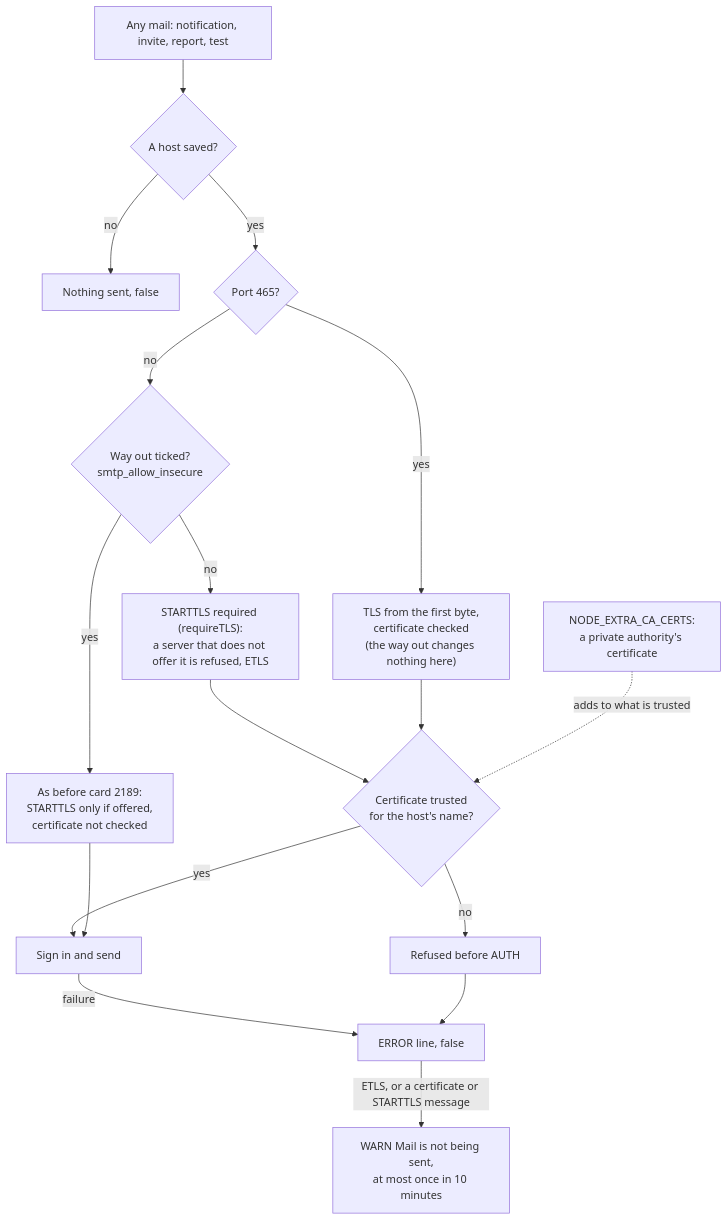
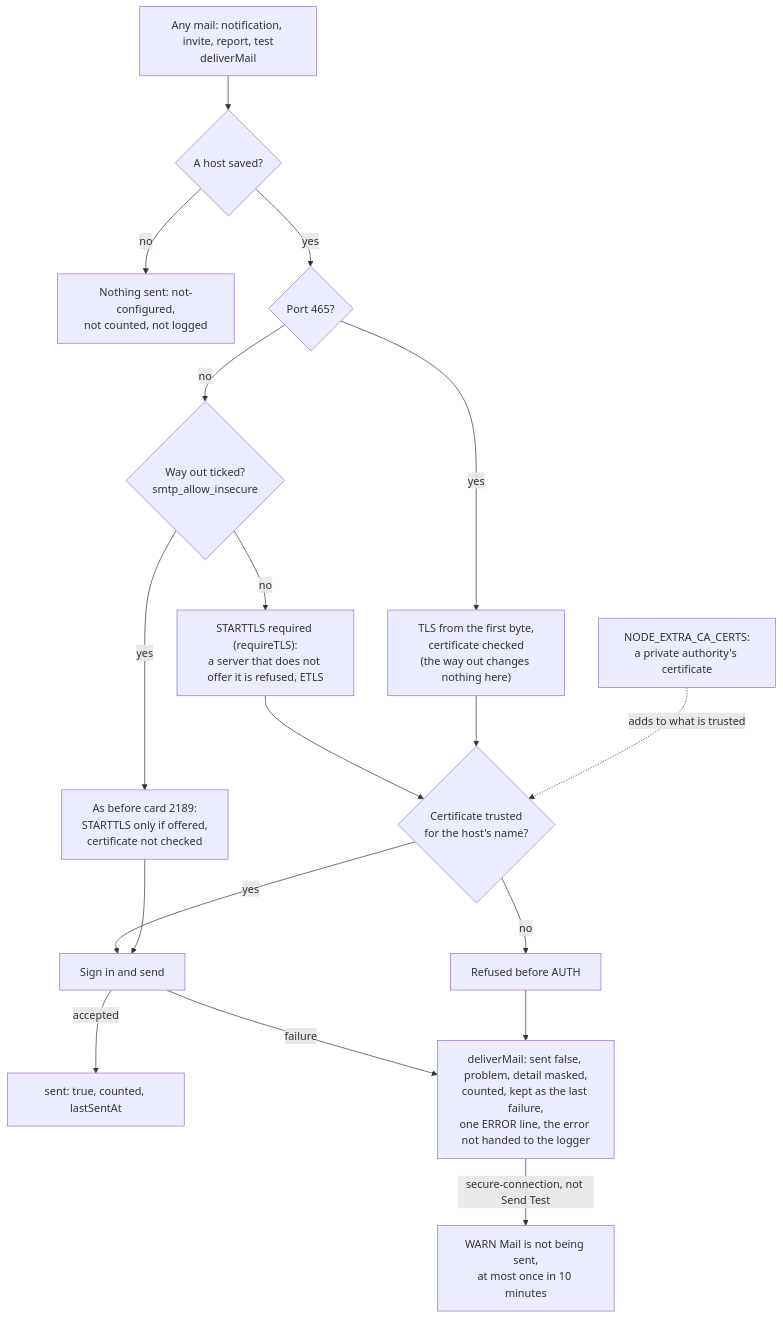
Before and after one commit to gitBoon/DumpFire: the third of 16 diagrams in docs/notifications-email.md, drawn with Mermaid. The commit also changed other lines of this file and 21 other files, not shown here.

````diff
--- a/docs/notifications-email.md
+++ b/docs/notifications-email.md
@@ -166,19 +170,20 @@
 ```mermaid
 flowchart TD
-    Mail["Any mail: notification, invite, report, test"] --> Configured{"A host saved?"}
-    Configured -->|"no"| NoOp["Nothing sent, false"]
+    Mail["Any mail: notification, invite, report, test<br/>deliverMail"] --> Configured{"A host saved?"}
+    Configured -->|"no"| NoOp["Nothing sent: not-configured,<br/>not counted, not logged"]
     Configured -->|"yes"| Port{"Port 465?"}
     Port -->|"yes"| Implicit["TLS from the first byte,<br/>certificate checked<br/>(the way out changes nothing here)"]
     Port -->|"no"| WayOut{"Way out ticked?<br/>smtp_allow_insecure"}
     WayOut -->|"no"| Start["STARTTLS required (requireTLS):<br/>a server that does not offer it is refused, ETLS"]
     WayOut -->|"yes"| Old["As before card 2189:<br/>STARTTLS only if offered,<br/>certificate not checked"]
     Start --> Cert{"Certificate trusted<br/>for the host's name?"}
     Implicit --> Cert
     Cert -->|"yes"| Auth["Sign in and send"]
     Old --> Auth
     Cert -->|"no"| Refused["Refused before AUTH"]
     CA["NODE_EXTRA_CA_CERTS:<br/>a private authority's certificate"] -.->|"adds to what is trusted"| Cert
-    Auth -->|"failure"| Fail["ERROR line, false"]
+    Auth -->|"accepted"| Sent["sent: true, counted, lastSentAt"]
+    Auth -->|"failure"| Fail["deliverMail: sent false, problem, detail masked,<br/>counted, kept as the last failure,<br/>one ERROR line, the error not handed to the logger"]
     Refused --> Fail
-    Fail -->|"ETLS, or a certificate or STARTTLS message"| Warn["WARN Mail is not being sent,<br/>at most once in 10 minutes"]
+    Fail -->|"secure-connection, not Send Test"| Warn["WARN Mail is not being sent,<br/>at most once in 10 minutes"]
 ```
````
